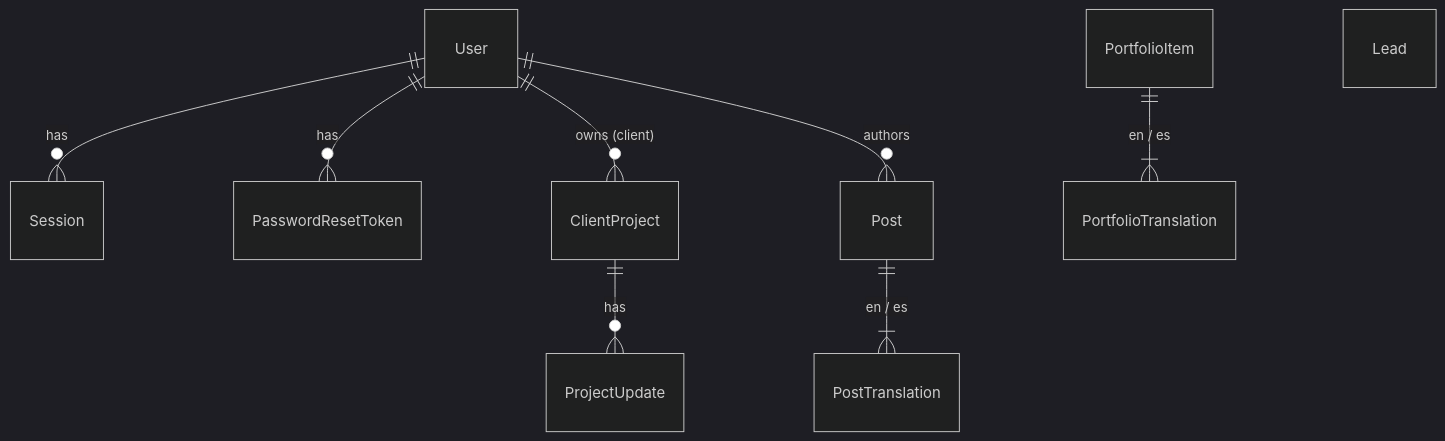
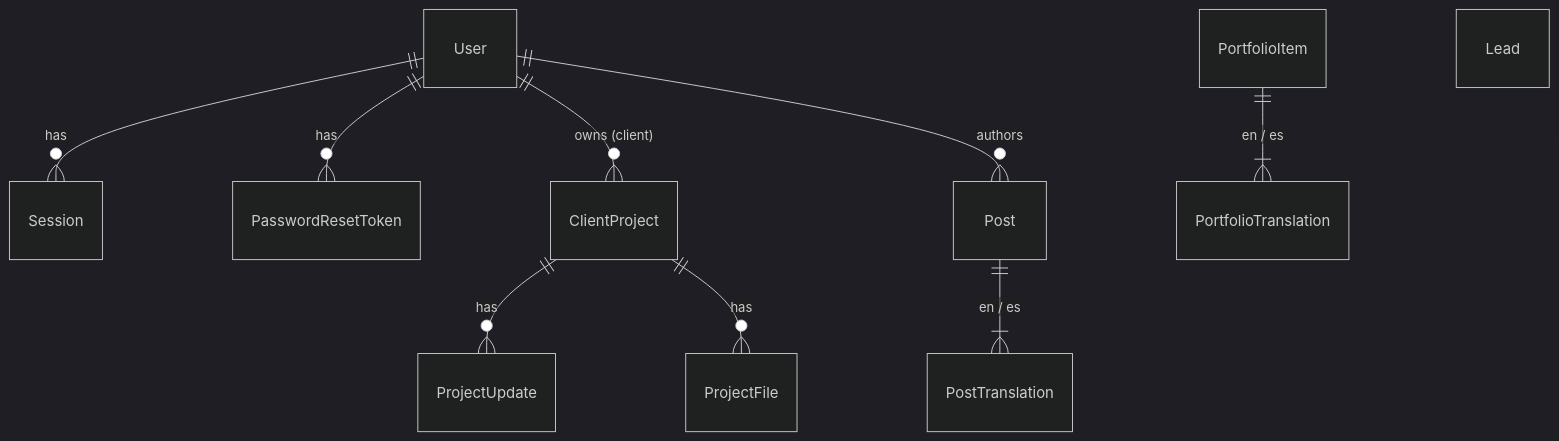
One commit to Codeqlick/Codeqlick changed the second of 3 diagrams in docs/architecture.md. Above: the diagram before and after it, drawn with Mermaid (dark theme). The commit also changed other lines of this file and 31 other files, not shown here.

First line of the commit message:
feat: files and deliverables per client project

````diff
--- a/docs/architecture.md
+++ b/docs/architecture.md
@@ -116,11 +116,12 @@
 ```mermaid
 erDiagram
   User ||--o{ Session : has
   User ||--o{ PasswordResetToken : has
   User ||--o{ ClientProject : "owns (client)"
   User ||--o{ Post : authors
   ClientProject ||--o{ ProjectUpdate : has
+  ClientProject ||--o{ ProjectFile : has
   Post ||--|{ PostTranslation : "en / es"
   PortfolioItem ||--|{ PortfolioTranslation : "en / es"
   Lead
 ```
````
